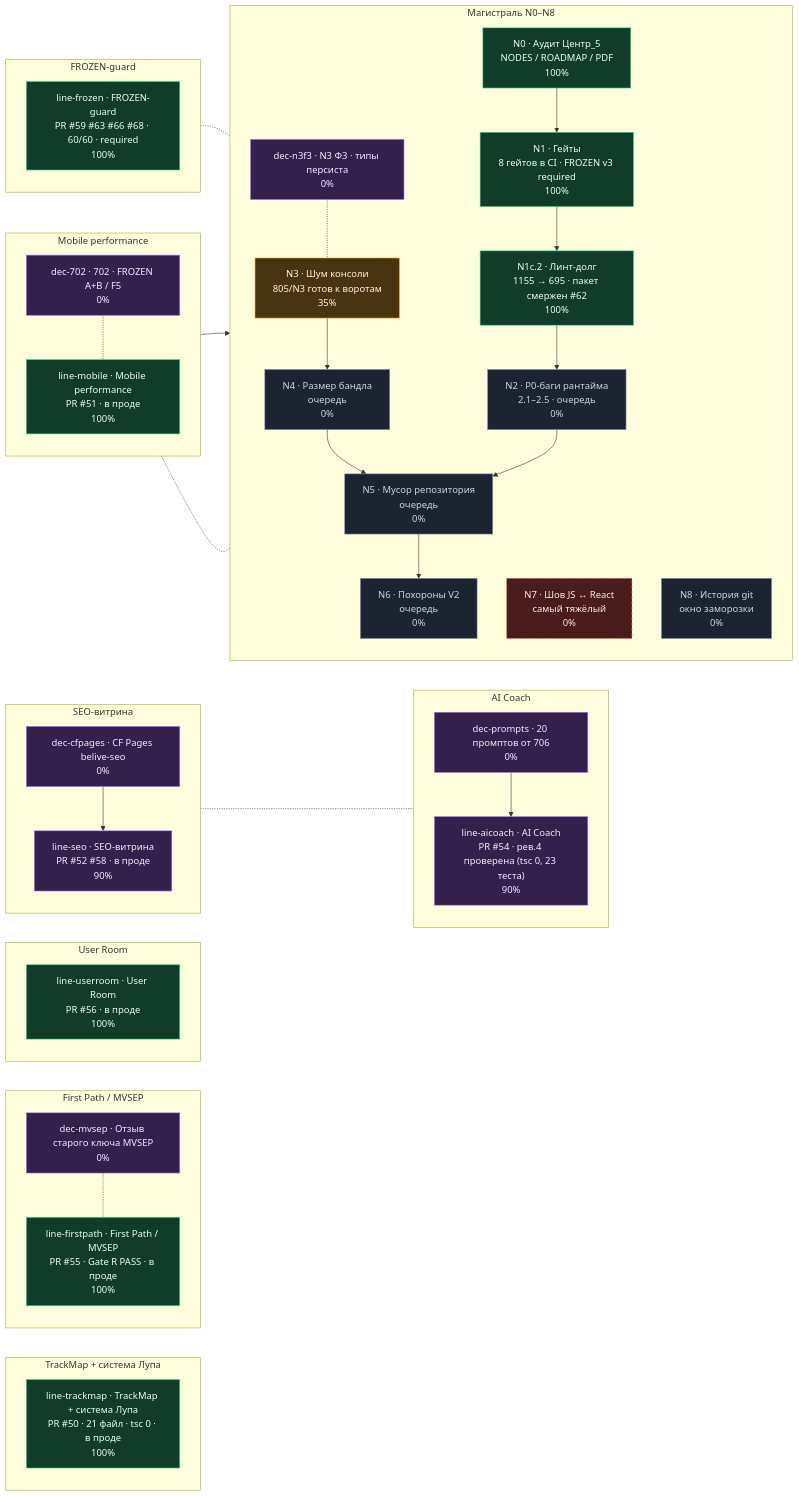
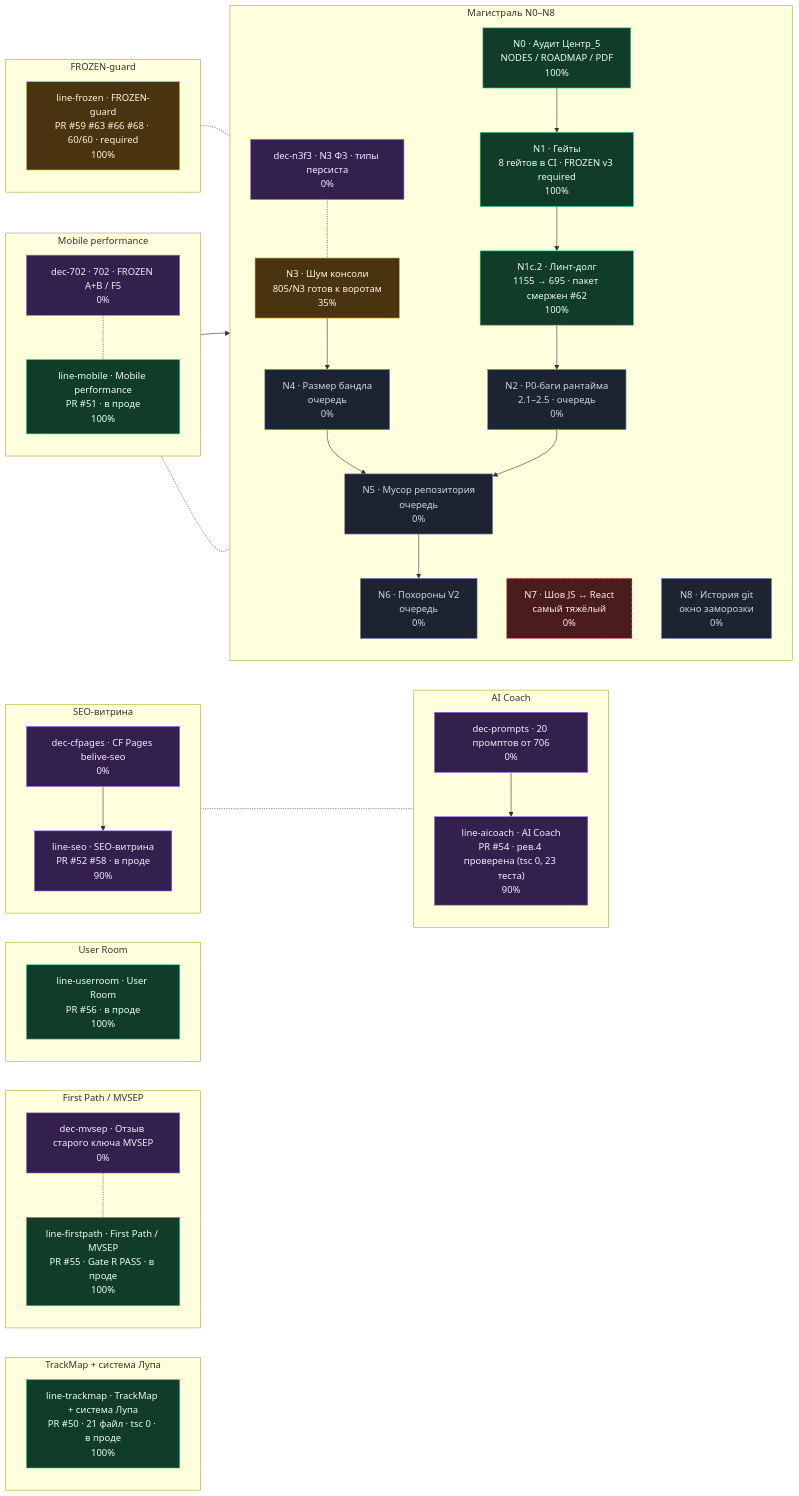
The diagram in docs/roadmap/ROADMAP.md (side-chaine/beLive), drawn with Mermaid before and after one commit. The commit also changed 2 other files, not shown here.

Commit message:
test(gate): КОММИТ 1 — узел с влитым PR в active → ждём только DRIFT
ТЕСТ ГЕЙТА, НЕ МЕРЖИТЬ. line-frozen: state done → active, pr=[59,63,66,68],
blocker=null. --write прогнан, чтобы STALE не подмешивался.

Ожидание: --check печатает только «⚠ DRIFT · line-frozen», exit 1,
ни одной строки STALE. Контроль: line-seo и line-aicoach (blocker непустой)
молчат.

Agent: 007_c
Gate: 007_c

````diff
--- a/docs/roadmap/ROADMAP.md
+++ b/docs/roadmap/ROADMAP.md
@@ -12,81 +12,81 @@
 ```mermaid
 %% Единый граф · beLive · сплошная — жёсткая зависимость, пунктир — «связано»
 flowchart LR
   subgraph Dtrunk["Магистраль N0–N8"]
     direction TB
     N0["N0 · Аудит Центр_5<br/>NODES / ROADMAP / PDF<br/>100%"]:::done
     N1["N1 · Гейты<br/>8 гейтов в CI · FROZEN v3 required<br/>100%"]:::done
     N1c_2["N1c.2 · Линт-долг<br/>1155 → 695 · пакет смержен #62<br/>100%"]:::done
     N2["N2 · P0-баги рантайма<br/>2.1–2.5 · очередь<br/>0%"]:::queued
     N3["N3 · Шум консоли<br/>805/N3 готов к воротам<br/>35%"]:::active
     N4["N4 · Размер бандла<br/>очередь<br/>0%"]:::queued
     N5["N5 · Мусор репозитория<br/>очередь<br/>0%"]:::queued
     N6["N6 · Похороны V2<br/>очередь<br/>0%"]:::queued
     N7["N7 · Шов JS ↔ React<br/>самый тяжёлый<br/>0%"]:::risk
     N8["N8 · История git<br/>окно заморозки<br/>0%"]:::queued
     dec_n3f3["dec-n3f3 · N3 Ф3 · типы персиста<br/>0%"]:::waiting
   end
 
   subgraph Dtrackmap["TrackMap + система Лупа"]
     direction TB
     line_trackmap["line-trackmap · TrackMap + система Лупа<br/>PR #50 · 21 файл · tsc 0 · в проде<br/>100%"]:::done
   end
 
   subgraph Dfirstpath["First Path / MVSEP"]
     direction TB
     dec_mvsep["dec-mvsep · Отзыв старого ключа MVSEP<br/>0%"]:::waiting
     line_firstpath["line-firstpath · First Path / MVSEP<br/>PR #55 · Gate R PASS · в проде<br/>100%"]:::done
   end
 
   subgraph Duserroom["User Room"]
     direction TB
     line_userroom["line-userroom · User Room<br/>PR #56 · в проде<br/>100%"]:::done
   end
 
   subgraph Dmobile["Mobile performance"]
     direction TB
     dec_702["dec-702 · 702 · FROZEN A+B / F5<br/>0%"]:::waiting
     line_mobile["line-mobile · Mobile performance<br/>PR #51 · в проде<br/>100%"]:::done
   end
 
   subgraph Dseo["SEO-витрина"]
     direction TB
     dec_cfpages["dec-cfpages · CF Pages belive-seo<br/>0%"]:::waiting
     line_seo["line-seo · SEO-витрина<br/>PR #52 #58 · в проде<br/>90%"]:::waiting
   end
 
   subgraph Daicoach["AI Coach"]
     direction TB
     dec_prompts["dec-prompts · 20 промптов от 706<br/>0%"]:::waiting
     line_aicoach["line-aicoach · AI Coach<br/>PR #54 · рев.4 проверена (tsc 0, 23 теста)<br/>90%"]:::waiting
   end
 
   subgraph Dfrozen["FROZEN-guard"]
     direction TB
-    line_frozen["line-frozen · FROZEN-guard<br/>PR #59 #63 #66 #68 · 60/60 · required<br/>100%"]:::done
+    line_frozen["line-frozen · FROZEN-guard<br/>PR #59 #63 #66 #68 · 60/60 · required<br/>100%"]:::active
   end
 
   N0 --> N1
   N1 --> N1c_2
   N1c_2 --> N2
   N3 --> N4
   N4 --> N5
   N2 --> N5
   N5 --> N6
   dec_702 --> N2
   dec_prompts --> line_aicoach
   dec_cfpages --> line_seo
   dec_n3f3 -.- N3
   dec_mvsep -.- line_firstpath
   dec_702 -.- line_mobile
   line_seo -.- line_aicoach
   line_mobile -.- N2
   line_frozen -.- N1
 
   classDef done fill:#123c2a,stroke:#39d98a,color:#eafff3;
   classDef active fill:#4a3410,stroke:#ffc44d,color:#fff6de;
   classDef blocked fill:#4a1c1c,stroke:#ff6b6b,color:#ffe9e9;
   classDef waiting fill:#33204d,stroke:#a371f7,color:#f3ecff;
   classDef queued fill:#1b2430,stroke:#7f93ad,color:#c9d6e5;
   classDef risk fill:#4a1c1c,stroke:#ff6b6b,color:#ffe9e9,stroke-dasharray:5 4;
 ```
````
